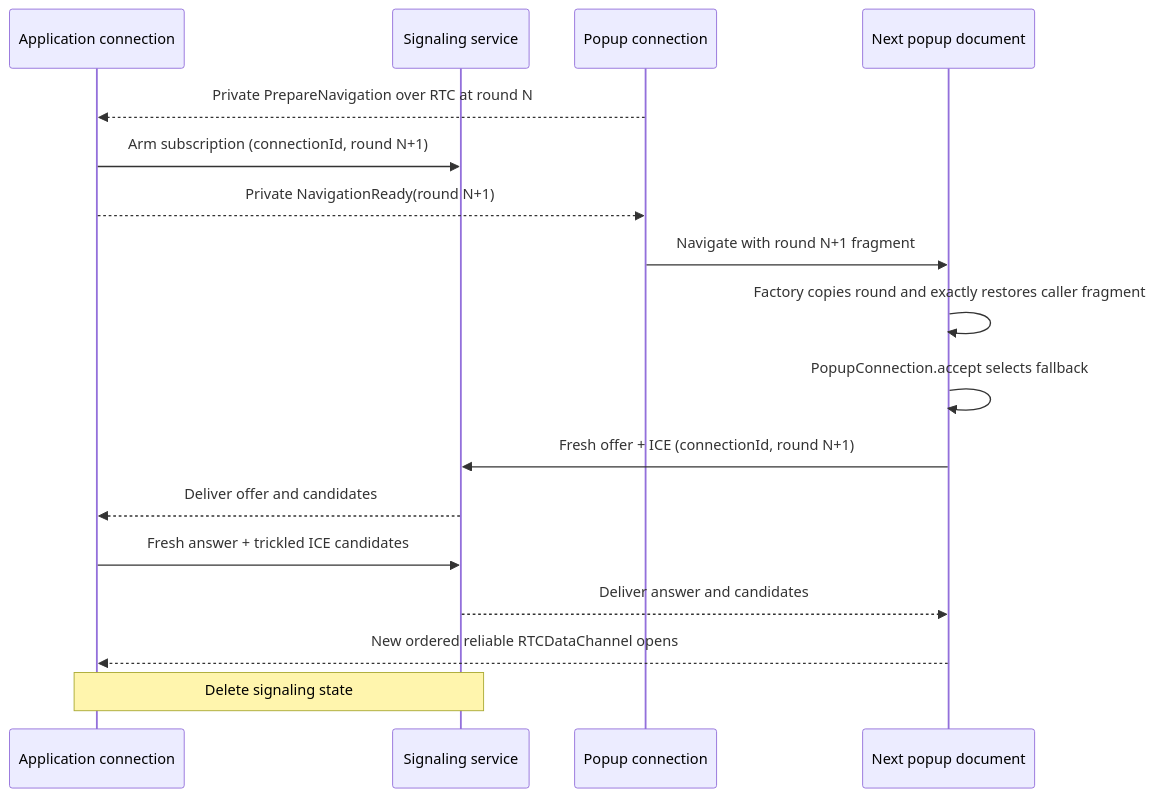
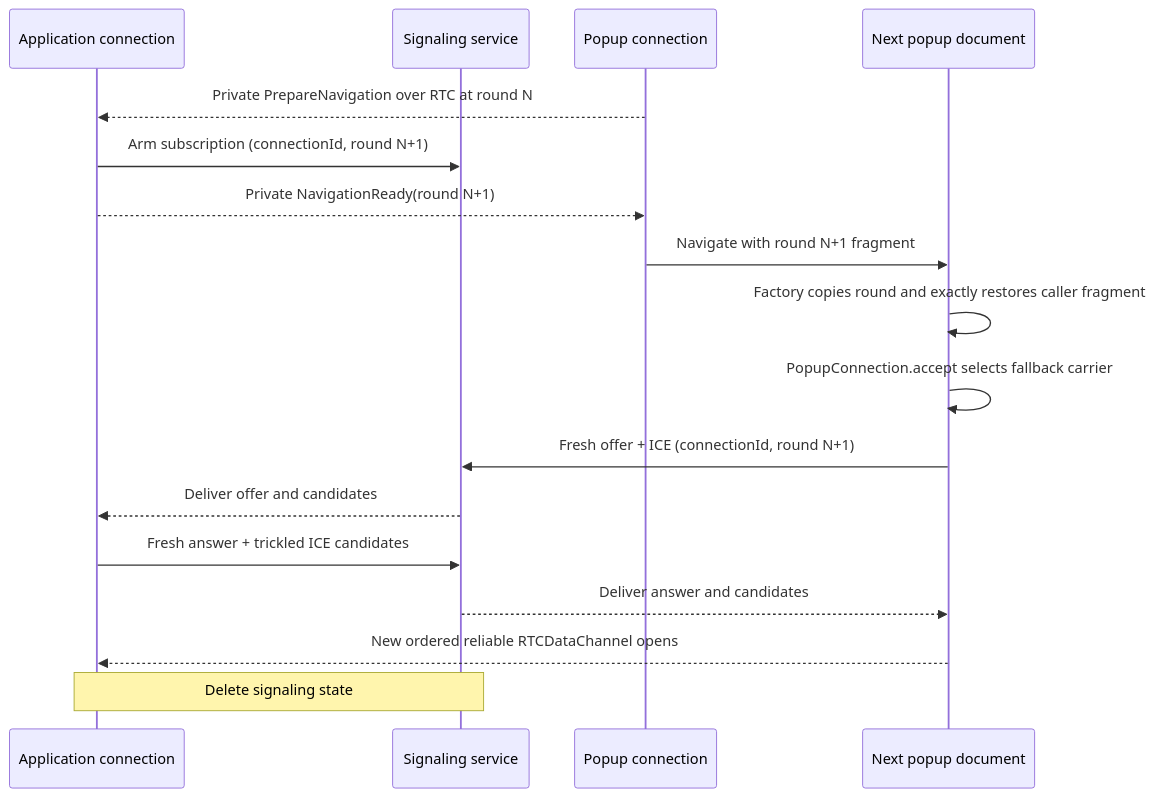
Before and after one commit to libid-org/libID: the second of 2 diagrams in ts/packages/popup/docs/webrtc.md, drawn with Mermaid. The commit also changed other lines of this file and 21 other files, not shown here.

````diff
--- a/ts/packages/popup/docs/webrtc.md
+++ b/ts/packages/popup/docs/webrtc.md
@@ -390,20 +394,20 @@
 ```mermaid
 sequenceDiagram
     participant A as Application connection
     participant G as Signaling service
     participant P as Popup connection
     participant N as Next popup document
 
     P-->>A: Private PrepareNavigation over RTC at round N
     A->>G: Arm subscription (connectionId, round N+1)
     A-->>P: Private NavigationReady(round N+1)
     P->>N: Navigate with round N+1 fragment
     N->>N: Factory copies round and exactly restores caller fragment
-    N->>N: PopupConnection.accept selects fallback
+    N->>N: PopupConnection.accept selects fallback carrier
     N->>G: Fresh offer + ICE (connectionId, round N+1)
     G-->>A: Deliver offer and candidates
     A->>G: Fresh answer + trickled ICE candidates
     G-->>N: Deliver answer and candidates
     N-->>A: New ordered reliable RTCDataChannel opens
     Note over A,G: Delete signaling state
 ```
````
